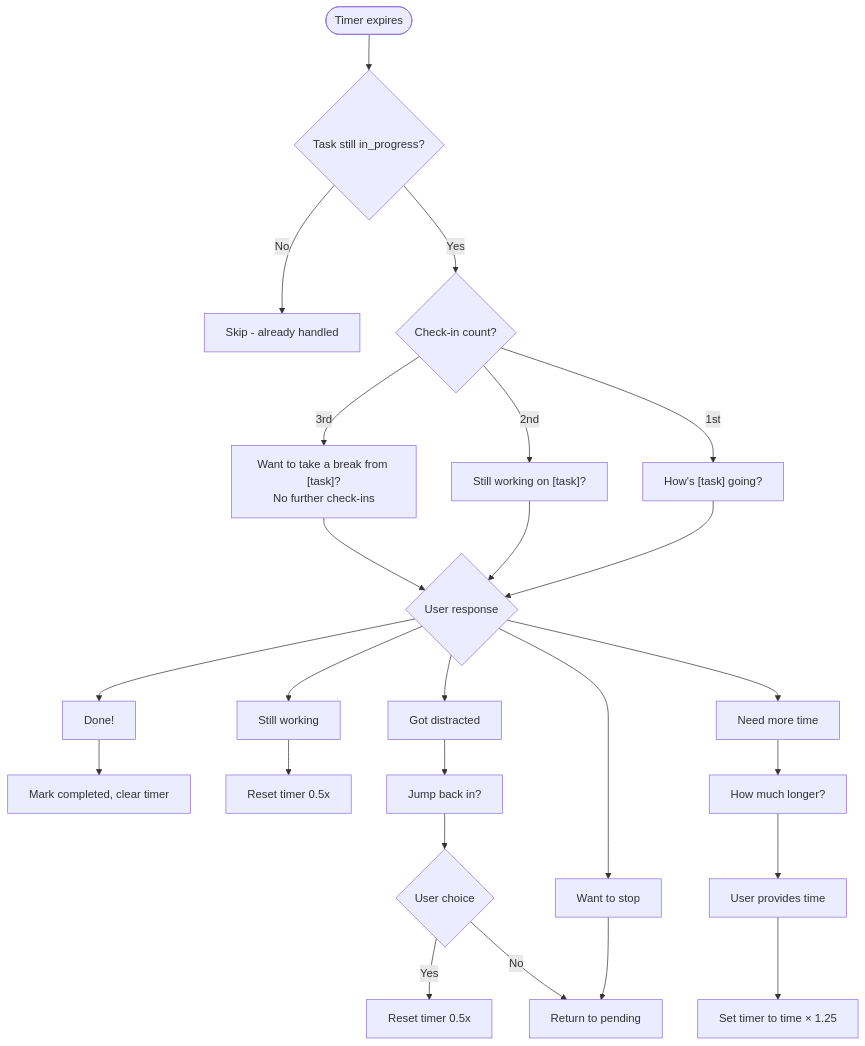
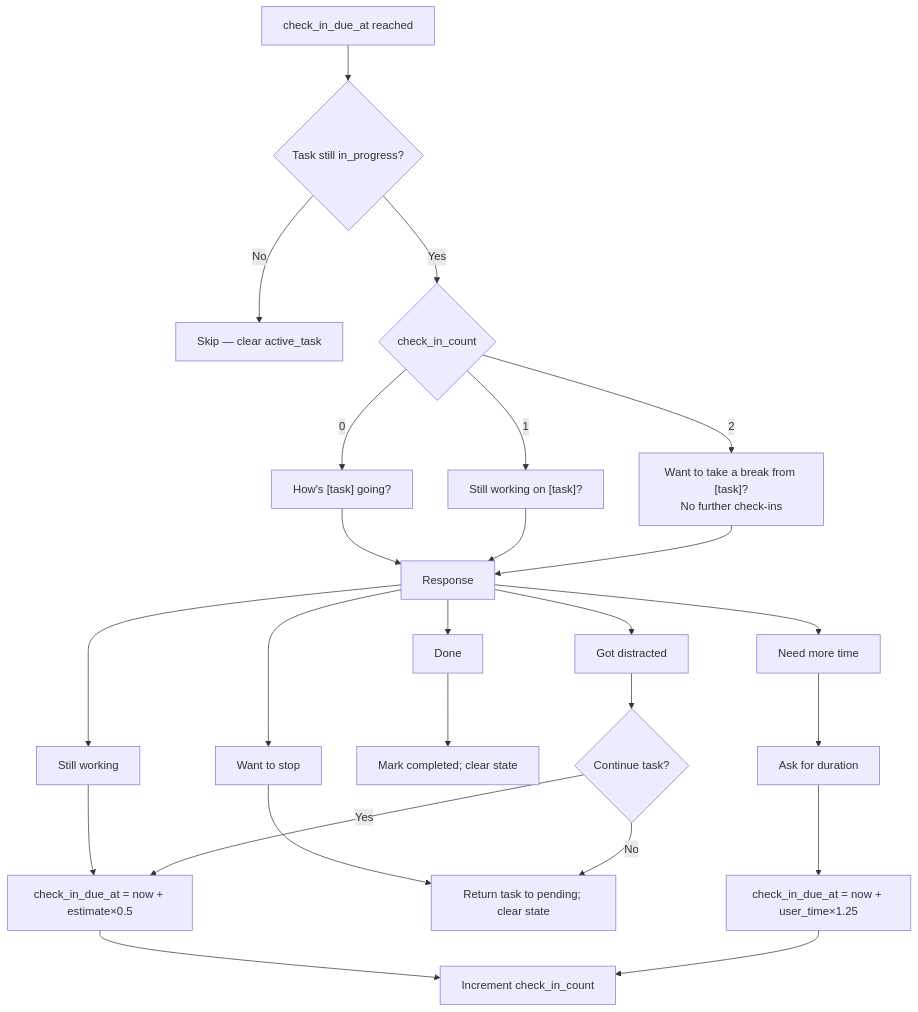
Before and after one commit to NickBorgersProbably/hide-my-list: diagram 21 of 28 in docs/user-interactions.md, drawn with Mermaid. The commit also changed other lines of this file and 2 other files, not shown here.

Commit message:
Update check-in documentation for OpenClaw runtime

````diff
--- a/docs/user-interactions.md
+++ b/docs/user-interactions.md
@@ -677,35 +688,34 @@
 ```mermaid
 flowchart TD
-    Timer([Timer expires]) --> StillActive{Task still in_progress?}
+    Due["check_in_due_at reached"] --> StillActive{Task still in_progress?}
 
-    StillActive -->|No| Skip[Skip - already handled]
-    StillActive -->|Yes| CheckInCount{Check-in count?}
+    StillActive -->|No| Skip[Skip — clear active_task]
+    StillActive -->|Yes| Count{check_in_count}
 
-    CheckInCount -->|1st| Friendly["How's [task] going?"]
-    CheckInCount -->|2nd| Brief["Still working on [task]?"]
-    CheckInCount -->|3rd| Gentle["Want to take a break from [task]?<br/>No further check-ins"]
+    Count -->|0| Friendly["How's [task] going?"]
+    Count -->|1| Brief["Still working on [task]?"]
+    Count -->|2| Gentle["Want to take a break from [task]?<br/>No further check-ins"]
 
-    Friendly --> UserResponse
-    Brief --> UserResponse
-    Gentle --> UserResponse
+    Friendly --> Response
+    Brief --> Response
+    Gentle --> Response
 
-    UserResponse{User response}
-    UserResponse --> Done["Done!"]
-    UserResponse --> Working["Still working"]
-    UserResponse --> Distracted["Got distracted"]
-    UserResponse --> MoreTime["Need more time"]
-    UserResponse --> Stop2["Want to stop"]
+    Response --> Done["Done"]
+    Response --> Working["Still working"]
+    Response --> Distracted["Got distracted"]
+    Response --> MoreTime["Need more time"]
+    Response --> Stop2["Want to stop"]
 
-    Done --> Complete[Mark completed, clear timer]
-    Working --> Reset1[Reset timer 0.5x]
-    Distracted --> Nudge["Jump back in?"]
-    MoreTime --> AskDuration["How much longer?"]
-    Stop2 --> ReturnQueue[Return to pending]
+    Done --> Complete[Mark completed; clear state]
+    Working --> ResetHalf[check_in_due_at = now + estimate×0.5]
+    Distracted --> Continue{Continue task?}
+    MoreTime --> AskDuration["Ask for duration"]
+    Stop2 --> ReturnQueue[Return task to pending; clear state]
 
-    Nudge --> YesNo{User choice}
-    YesNo -->|Yes| Reset2[Reset timer 0.5x]
-    YesNo -->|No| ReturnQueue
+    Continue -->|Yes| ResetHalf
+    Continue -->|No| ReturnQueue
 
-    AskDuration --> NewTime[User provides time]
-    NewTime --> Reset3[Set timer to time × 1.25]
+    AskDuration --> Custom["check_in_due_at = now + user_time×1.25"]
+    ResetHalf --> Increment[Increment check_in_count]
+    Custom --> Increment
 ```
````
